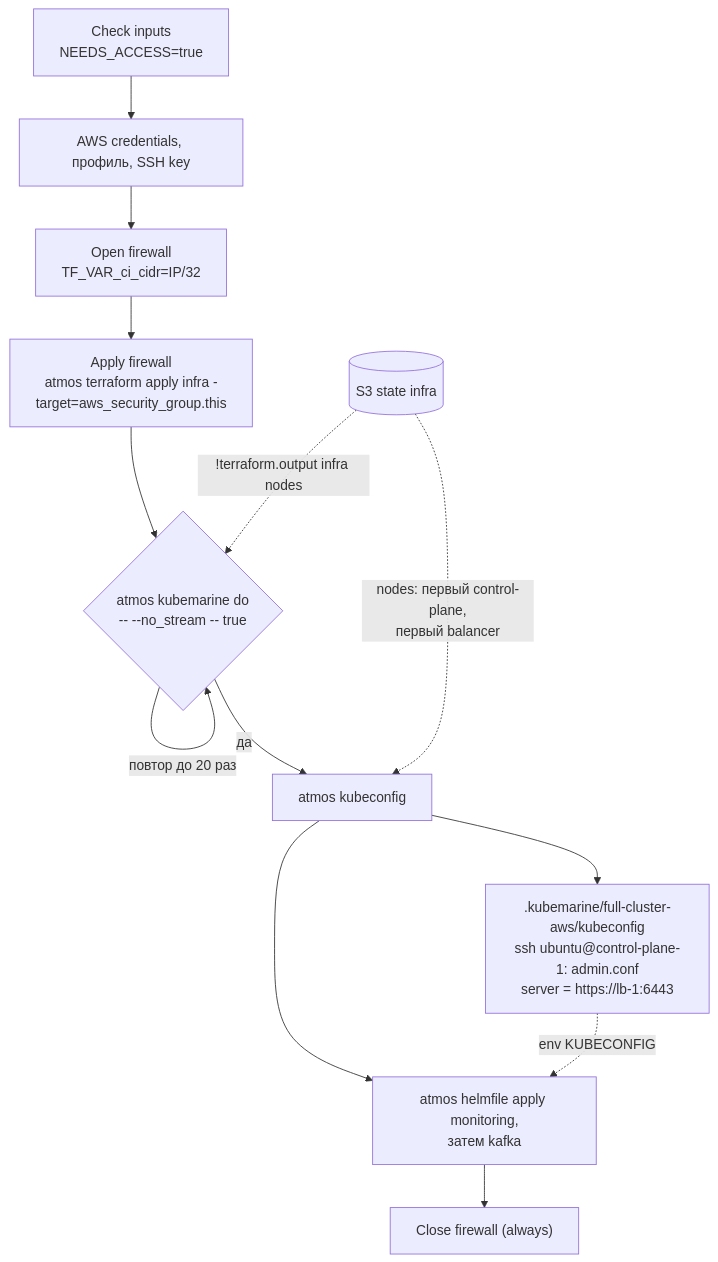
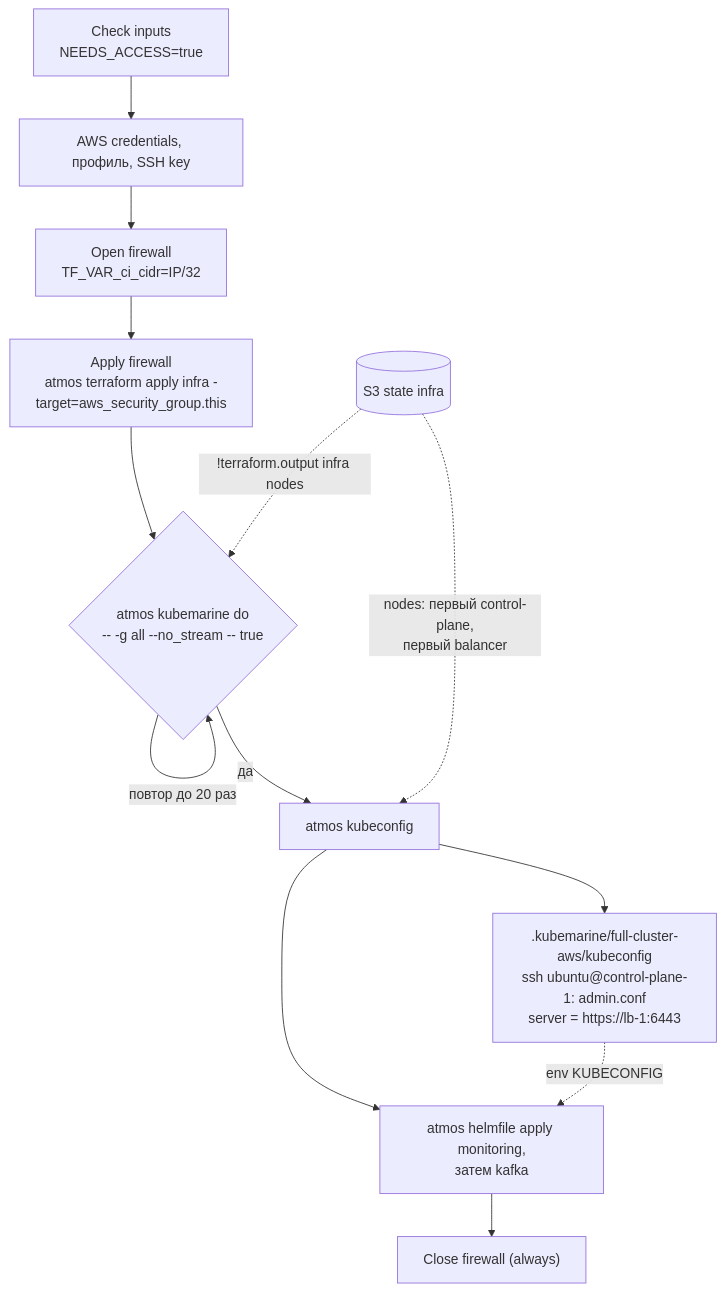
The fourth of 5 diagrams in docs/full-cluster-aws-flow.md (borislavr/atmos-kubemarine-integration), drawn with Mermaid before and after one commit. The commit also changed other lines of this file and 3 other files, not shown here.

````diff
--- a/docs/full-cluster-aws-flow.md
+++ b/docs/full-cluster-aws-flow.md
@@ -143,15 +144,15 @@
 ```mermaid
 flowchart TB
   A["Check inputs<br/>NEEDS_ACCESS=true"] --> B["AWS credentials, профиль, SSH key"]
   B --> C["Open firewall<br/>TF_VAR_ci_cidr=IP/32"]
   C --> D["Apply firewall<br/>atmos terraform apply infra -target=aws_security_group.this"]
-  D --> E{"atmos kubemarine do<br/>-- --no_stream -- true"}
+  D --> E{"atmos kubemarine do<br/>-- -g all --no_stream -- true"}
   E -->|"повтор до 20 раз"| E
   E -->|"да"| F["atmos kubeconfig"]
   F --> G["atmos helmfile apply monitoring,<br/>затем kafka"]
   G --> H["Close firewall (always)"]
   ST[("S3 state infra")] -.->|"!terraform.output infra nodes"| E
   ST -.->|"nodes: первый control-plane,<br/>первый balancer"| F
   F --> KC[".kubemarine/full-cluster-aws/kubeconfig<br/>ssh ubuntu@control-plane-1: admin.conf<br/>server = https://lb-1:6443"]
   KC -.->|"env KUBECONFIG"| G
 ```
````
